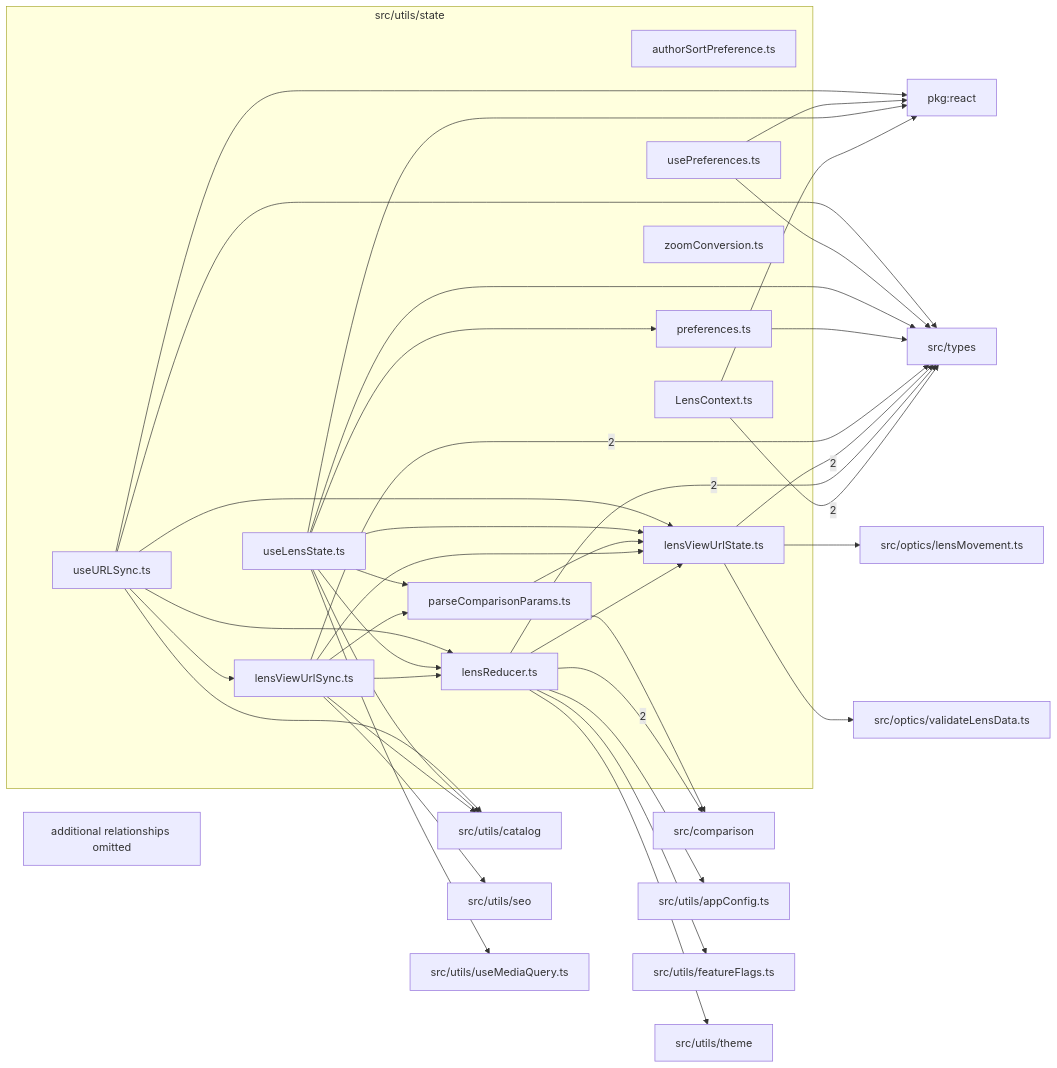
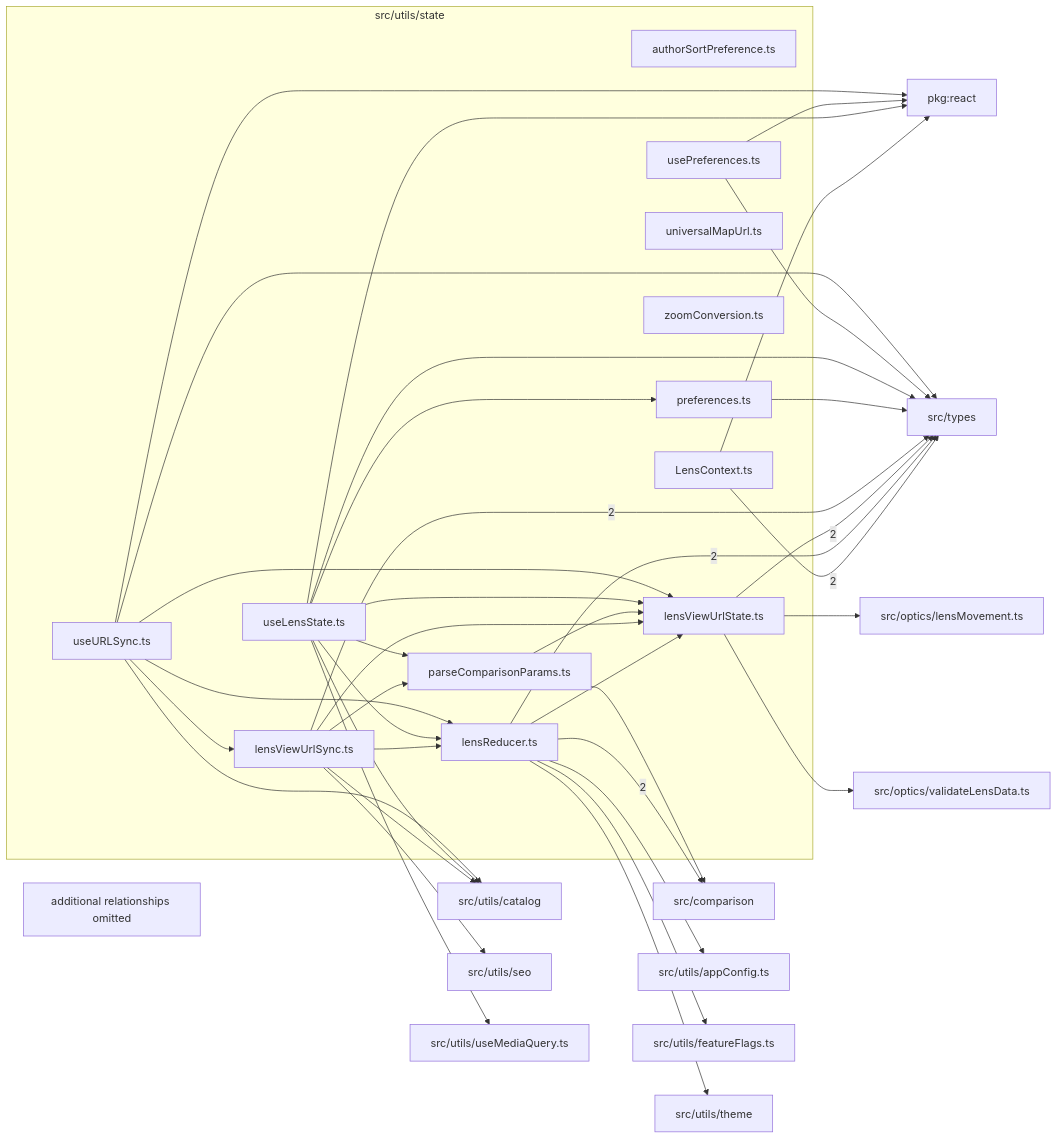
Before and after one commit to ronbuening/LensVisualizer: the diagram in src/utils/state/readme.md, drawn with Mermaid. The commit also changed other lines of this file and 7 other files, not shown here.

Commit message:
Persist universal map selection in shareable URLs

````diff
--- a/src/utils/state/readme.md
+++ b/src/utils/state/readme.md
@@ -9,64 +9,65 @@
 ```mermaid
 flowchart LR
   subgraph n_src_utils_state["src/utils/state"]
     n_src_utils_state_src_utils_state_authorSortPreference_ts["authorSortPreference.ts"]
     n_src_utils_state_src_utils_state_LensContext_ts["LensContext.ts"]
     n_src_utils_state_src_utils_state_lensReducer_ts["lensReducer.ts"]
     n_src_utils_state_src_utils_state_lensViewUrlState_ts["lensViewUrlState.ts"]
     n_src_utils_state_src_utils_state_lensViewUrlSync_ts["lensViewUrlSync.ts"]
     n_src_utils_state_src_utils_state_parseComparisonParams_ts["parseComparisonParams.ts"]
     n_src_utils_state_src_utils_state_preferences_ts["preferences.ts"]
+    n_src_utils_state_src_utils_state_universalMapUrl_ts["universalMapUrl.ts"]
     n_src_utils_state_src_utils_state_useLensState_ts["useLensState.ts"]
     n_src_utils_state_src_utils_state_usePreferences_ts["usePreferences.ts"]
     n_src_utils_state_src_utils_state_useURLSync_ts["useURLSync.ts"]
     n_src_utils_state_src_utils_state_zoomConversion_ts["zoomConversion.ts"]
   end
   n_external_src_comparison["src/comparison"]
   n_external_src_types["src/types"]
   n_external_pkg_react["pkg:react"]
   n_external_src_optics_lensMovement_ts["src/optics/lensMovement.ts"]
   n_external_src_optics_validateLensData_ts["src/optics/validateLensData.ts"]
   n_external_src_utils_appConfig_ts["src/utils/appConfig.ts"]
   n_external_src_utils_catalog["src/utils/catalog"]
   n_external_src_utils_featureFlags_ts["src/utils/featureFlags.ts"]
   n_external_src_utils_seo["src/utils/seo"]
   n_external_src_utils_theme["src/utils/theme"]
   n_external_src_utils_useMediaQuery_ts["src/utils/useMediaQuery.ts"]
   n_src_utils_state_src_utils_state_lensReducer_ts --> |2| n_external_src_comparison
   n_src_utils_state_src_utils_state_LensContext_ts --> |2| n_external_src_types
   n_src_utils_state_src_utils_state_lensReducer_ts --> |2| n_external_src_types
   n_src_utils_state_src_utils_state_lensViewUrlState_ts --> |2| n_external_src_types
   n_src_utils_state_src_utils_state_lensViewUrlSync_ts --> |2| n_external_src_types
   n_src_utils_state_src_utils_state_LensContext_ts --> n_external_pkg_react
   n_src_utils_state_src_utils_state_useLensState_ts --> n_external_pkg_react
   n_src_utils_state_src_utils_state_usePreferences_ts --> n_external_pkg_react
   n_src_utils_state_src_utils_state_useURLSync_ts --> n_external_pkg_react
   n_src_utils_state_src_utils_state_parseComparisonParams_ts --> n_external_src_comparison
   n_src_utils_state_src_utils_state_lensViewUrlState_ts --> n_external_src_optics_lensMovement_ts
   n_src_utils_state_src_utils_state_lensViewUrlState_ts --> n_external_src_optics_validateLensData_ts
   n_src_utils_state_src_utils_state_preferences_ts --> n_external_src_types
   n_src_utils_state_src_utils_state_useLensState_ts --> n_external_src_types
   n_src_utils_state_src_utils_state_usePreferences_ts --> n_external_src_types
   n_src_utils_state_src_utils_state_useURLSync_ts --> n_external_src_types
   n_src_utils_state_src_utils_state_lensReducer_ts --> n_external_src_utils_appConfig_ts
   n_src_utils_state_src_utils_state_lensViewUrlSync_ts --> n_external_src_utils_catalog
   n_src_utils_state_src_utils_state_useLensState_ts --> n_external_src_utils_catalog
   n_src_utils_state_src_utils_state_useURLSync_ts --> n_external_src_utils_catalog
   n_src_utils_state_src_utils_state_lensReducer_ts --> n_external_src_utils_featureFlags_ts
   n_src_utils_state_src_utils_state_lensViewUrlSync_ts --> n_external_src_utils_seo
   n_src_utils_state_src_utils_state_lensReducer_ts --> n_external_src_utils_theme
   n_src_utils_state_src_utils_state_useLensState_ts --> n_external_src_utils_useMediaQuery_ts
   n_src_utils_state_src_utils_state_lensViewUrlSync_ts --> n_src_utils_state_src_utils_state_lensReducer_ts
   n_src_utils_state_src_utils_state_useLensState_ts --> n_src_utils_state_src_utils_state_lensReducer_ts
   n_src_utils_state_src_utils_state_useURLSync_ts --> n_src_utils_state_src_utils_state_lensReducer_ts
   n_src_utils_state_src_utils_state_lensReducer_ts --> n_src_utils_state_src_utils_state_lensViewUrlState_ts
   n_src_utils_state_src_utils_state_lensViewUrlSync_ts --> n_src_utils_state_src_utils_state_lensViewUrlState_ts
   n_src_utils_state_src_utils_state_parseComparisonParams_ts --> n_src_utils_state_src_utils_state_lensViewUrlState_ts
   n_src_utils_state_src_utils_state_useLensState_ts --> n_src_utils_state_src_utils_state_lensViewUrlState_ts
   n_src_utils_state_src_utils_state_useURLSync_ts --> n_src_utils_state_src_utils_state_lensViewUrlState_ts
   n_src_utils_state_src_utils_state_useURLSync_ts --> n_src_utils_state_src_utils_state_lensViewUrlSync_ts
   n_src_utils_state_src_utils_state_lensViewUrlSync_ts --> n_src_utils_state_src_utils_state_parseComparisonParams_ts
   n_src_utils_state_src_utils_state_useLensState_ts --> n_src_utils_state_src_utils_state_parseComparisonParams_ts
   n_src_utils_state_src_utils_state_useLensState_ts --> n_src_utils_state_src_utils_state_preferences_ts
   n_src_utils_state_truncated["additional relationships omitted"]
 ```
````
